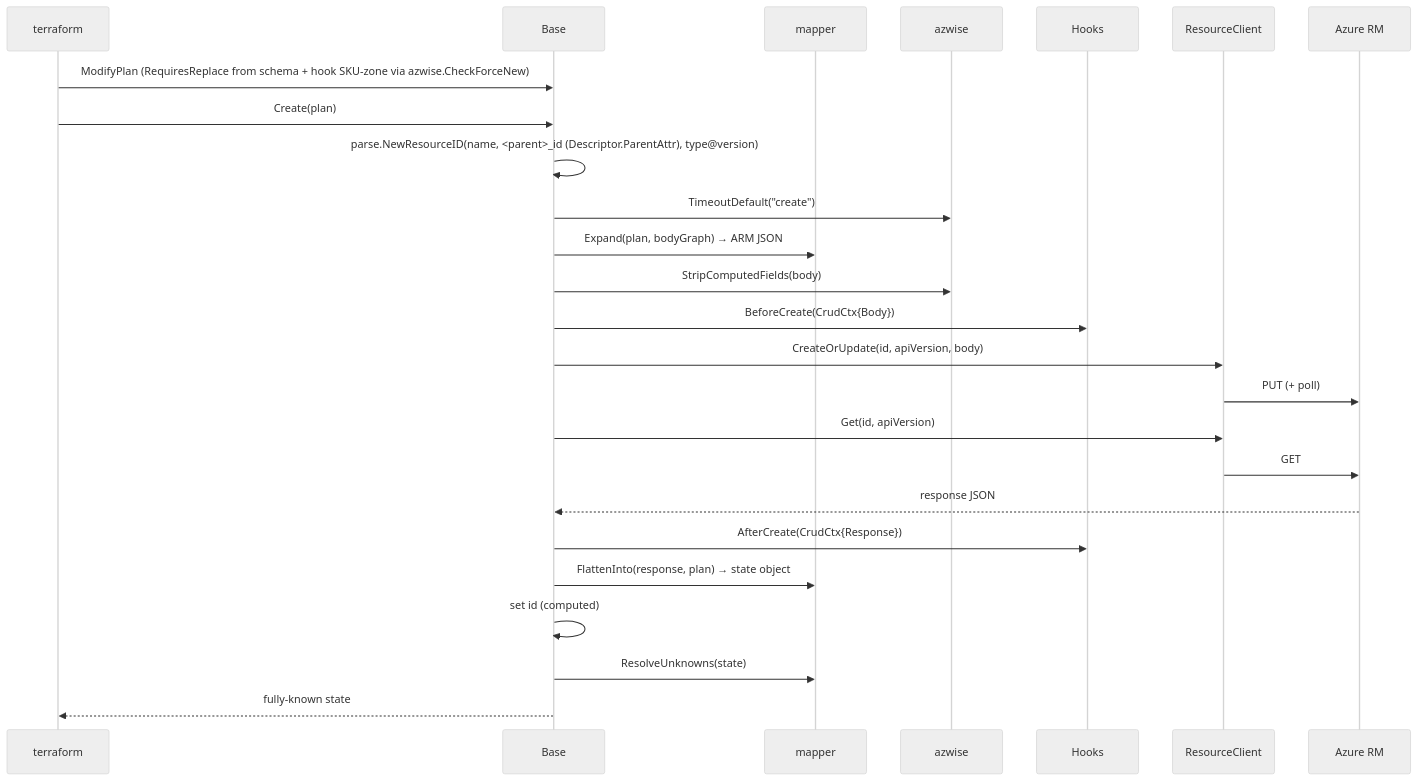
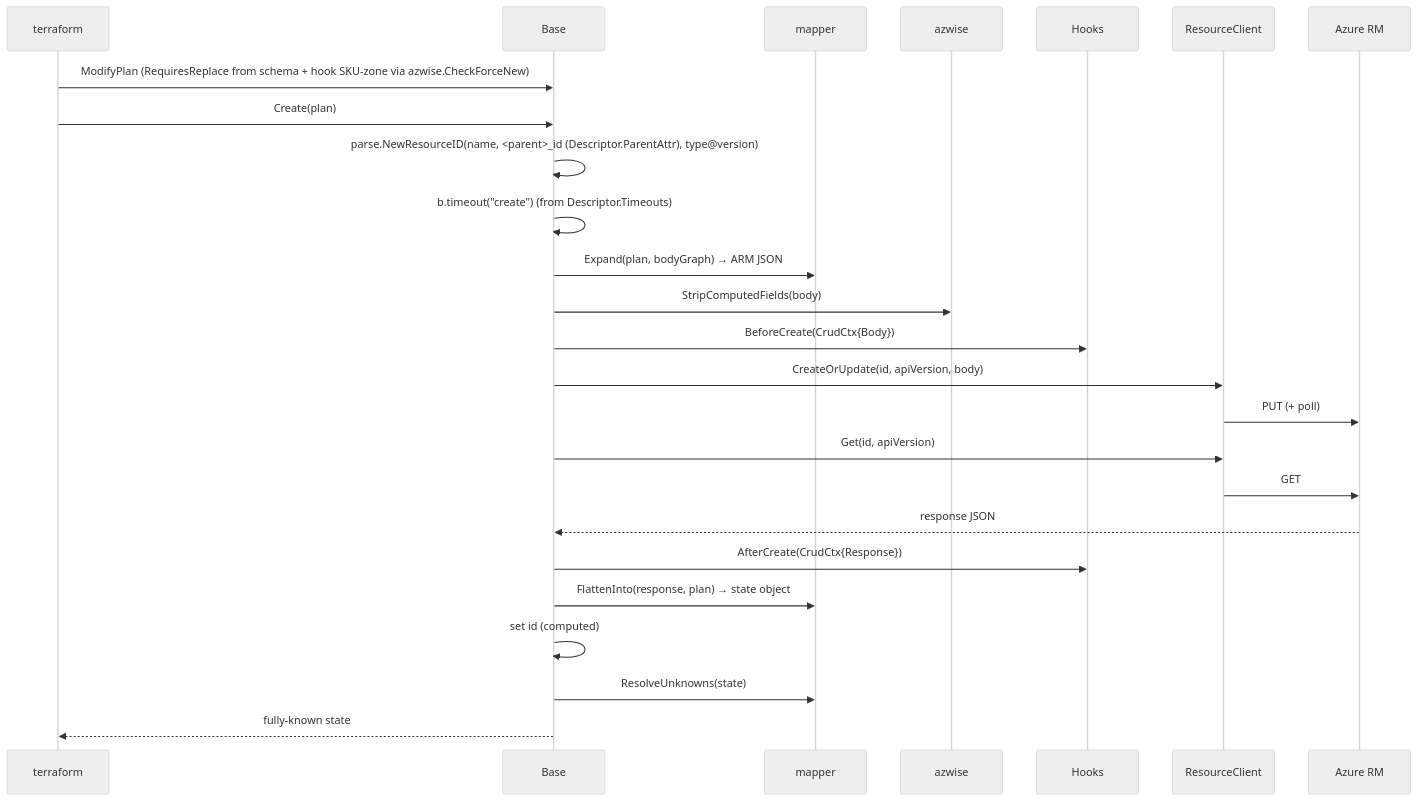
Before and after one commit to wuxu92/terraform-provider-azapi: the second of 3 diagrams in internal/native/DEVELOPER_SPEC.md, drawn with Mermaid (neutral theme). The commit also changed 15 other files, not shown here.

````diff
--- a/internal/native/DEVELOPER_SPEC.md
+++ b/internal/native/DEVELOPER_SPEC.md
@@ -399,28 +399,28 @@
 ```mermaid
 sequenceDiagram
     participant TF as terraform
     participant B as Base
     participant M as mapper
     participant AW as azwise
     participant H as Hooks
     participant C as ResourceClient
     participant ARM as Azure RM
 
     TF->>B: ModifyPlan (RequiresReplace from schema + hook SKU-zone via azwise.CheckForceNew)
     TF->>B: Create(plan)
     B->>B: parse.NewResourceID(name, <parent>_id (Descriptor.ParentAttr), type@version)
-    B->>AW: TimeoutDefault("create")
+    B->>B: b.timeout("create") (from Descriptor.Timeouts)
     B->>M: Expand(plan, bodyGraph) → ARM JSON
     B->>AW: StripComputedFields(body)
     B->>H: BeforeCreate(CrudCtx{Body})
     B->>C: CreateOrUpdate(id, apiVersion, body)
     C->>ARM: PUT (+ poll)
     B->>C: Get(id, apiVersion)
     C->>ARM: GET
     ARM-->>B: response JSON
     B->>H: AfterCreate(CrudCtx{Response})
     B->>M: FlattenInto(response, plan) → state object
     B->>B: set id (computed)
     B->>M: ResolveUnknowns(state)
     B-->>TF: fully-known state
 ```
````
